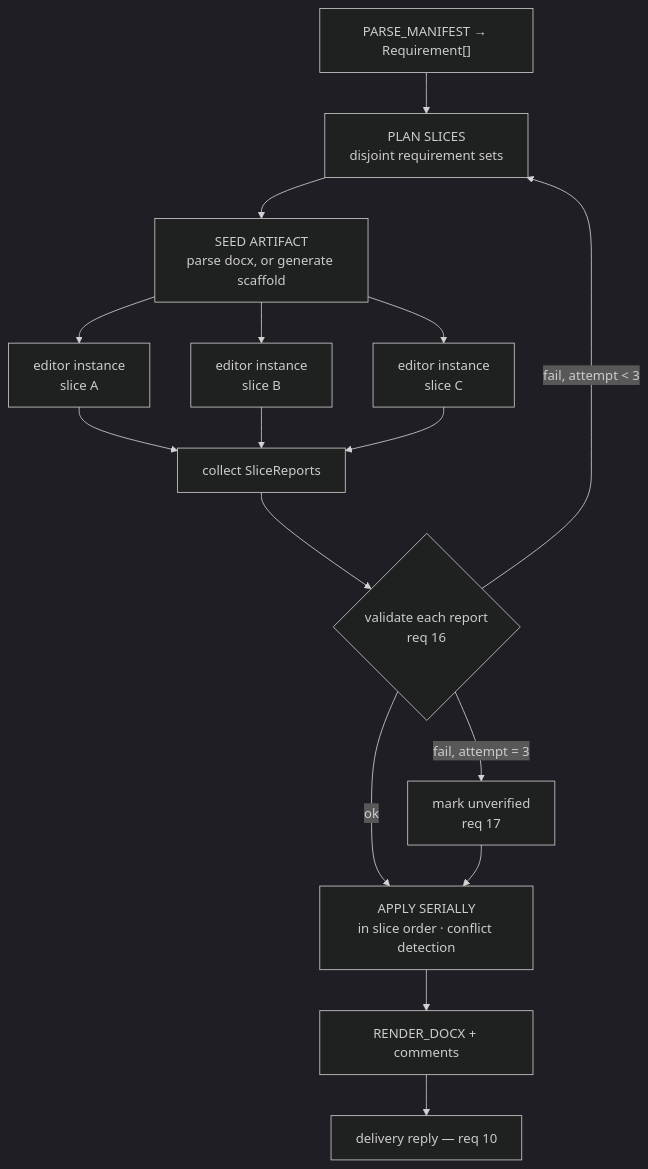
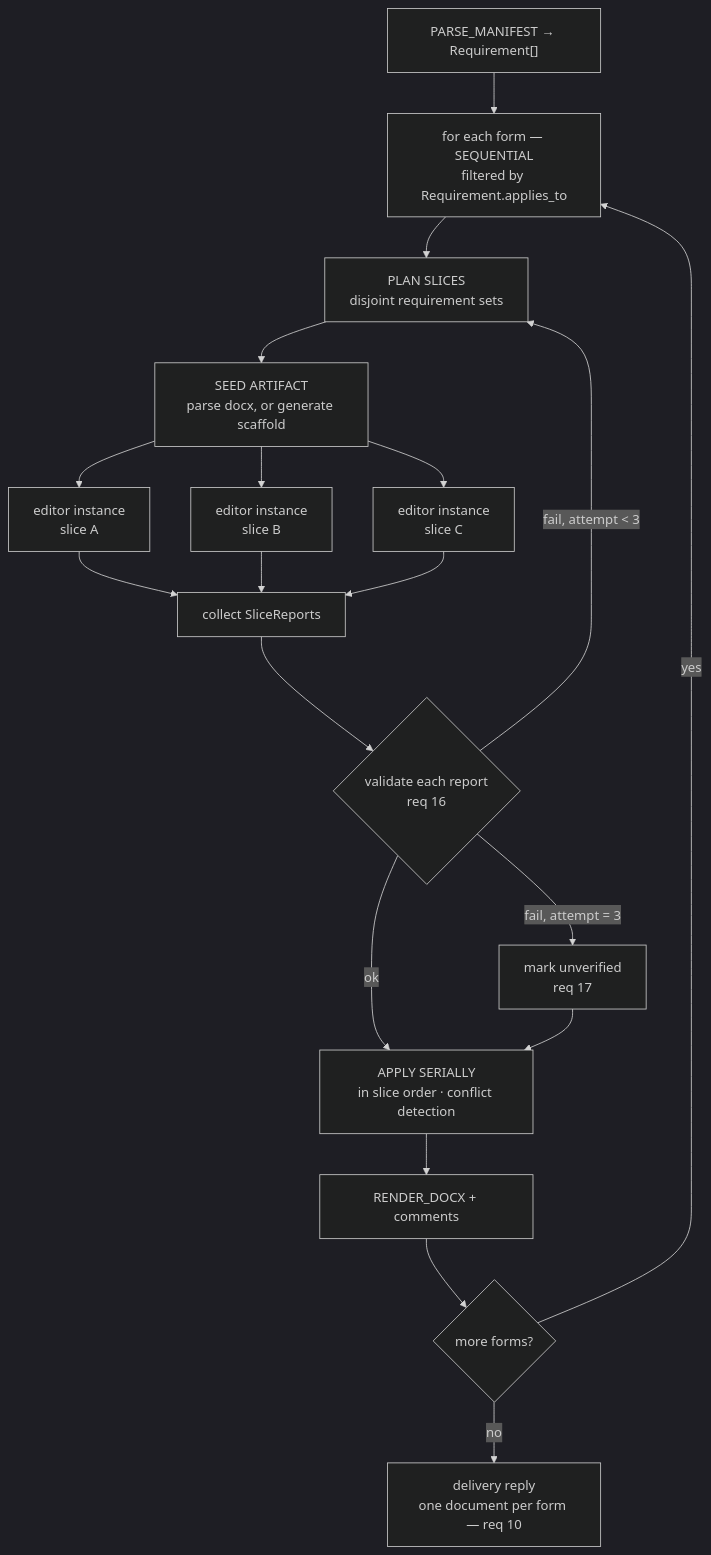
The second of 2 diagrams in docs/app-implementation-plan.md (jjfrackowiak/multimodal-form-filling), drawn with Mermaid (dark theme) before and after one commit. The commit also changed other lines of this file and 1 other file, not shown here.

First line of the commit message:
fix: sequential form loop, monotonic retry, and the validation boundary

````diff
--- a/docs/app-implementation-plan.md
+++ b/docs/app-implementation-plan.md
@@ -113,18 +113,21 @@
 ```mermaid
 flowchart TD
-    P["PARSE_MANIFEST → Requirement[]"] --> PLAN["PLAN SLICES<br/>disjoint requirement sets"]
+    P["PARSE_MANIFEST → Requirement[]"] --> FORM["for each form — SEQUENTIAL<br/>filtered by Requirement.applies_to"]
+    FORM --> PLAN["PLAN SLICES<br/>disjoint requirement sets"]
     PLAN --> SEED["SEED ARTIFACT<br/>parse docx, or generate scaffold"]
     SEED --> F1["editor instance<br/>slice A"]
     SEED --> F2["editor instance<br/>slice B"]
     SEED --> F3["editor instance<br/>slice C"]
     F1 --> COL["collect SliceReports"]
     F2 --> COL
     F3 --> COL
     COL --> V{"validate each report<br/>req 16"}
     V -->|"fail, attempt &lt; 3"| PLAN
     V -->|"fail, attempt = 3"| U["mark unverified<br/>req 17"]
     V -->|ok| AP["APPLY SERIALLY<br/>in slice order · conflict detection"]
     U --> AP
     AP --> RND["RENDER_DOCX + comments"]
-    RND --> DEL["delivery reply — req 10"]
+    RND --> MORE{"more forms?"}
+    MORE -->|yes| FORM
+    MORE -->|no| DEL["delivery reply<br/>one document per form — req 10"]
 ```
````
